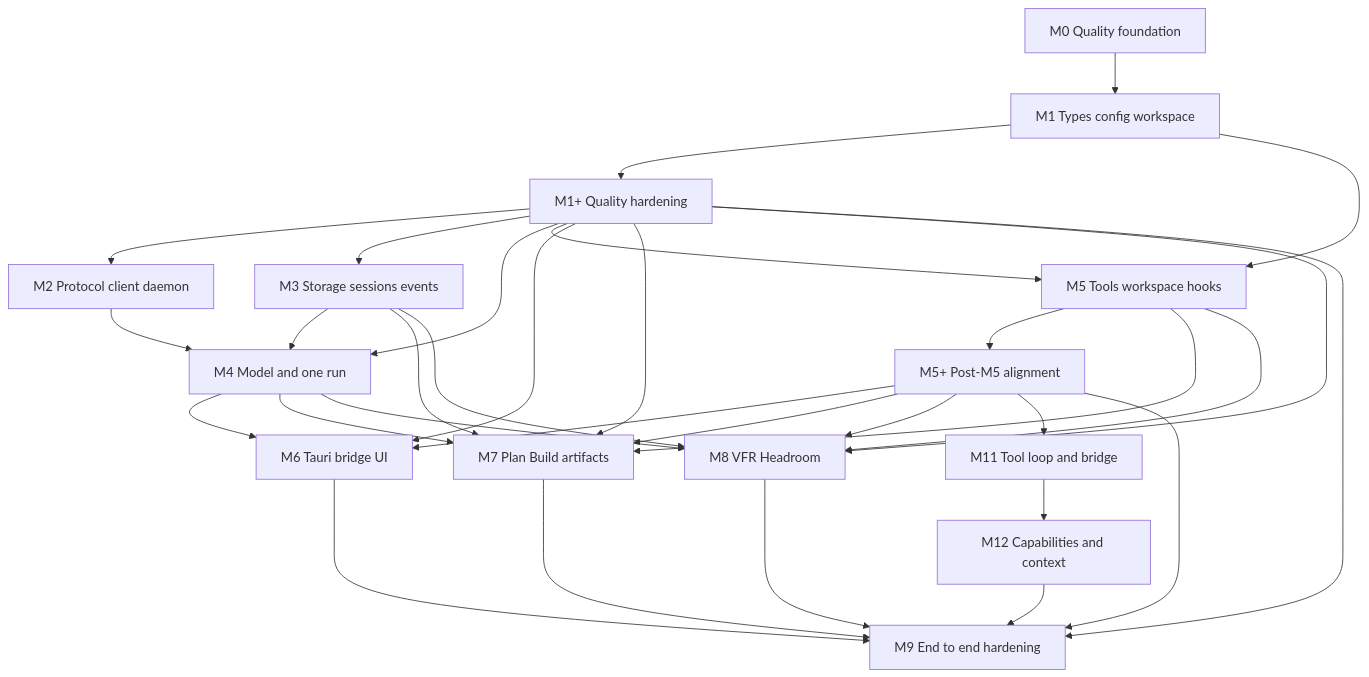
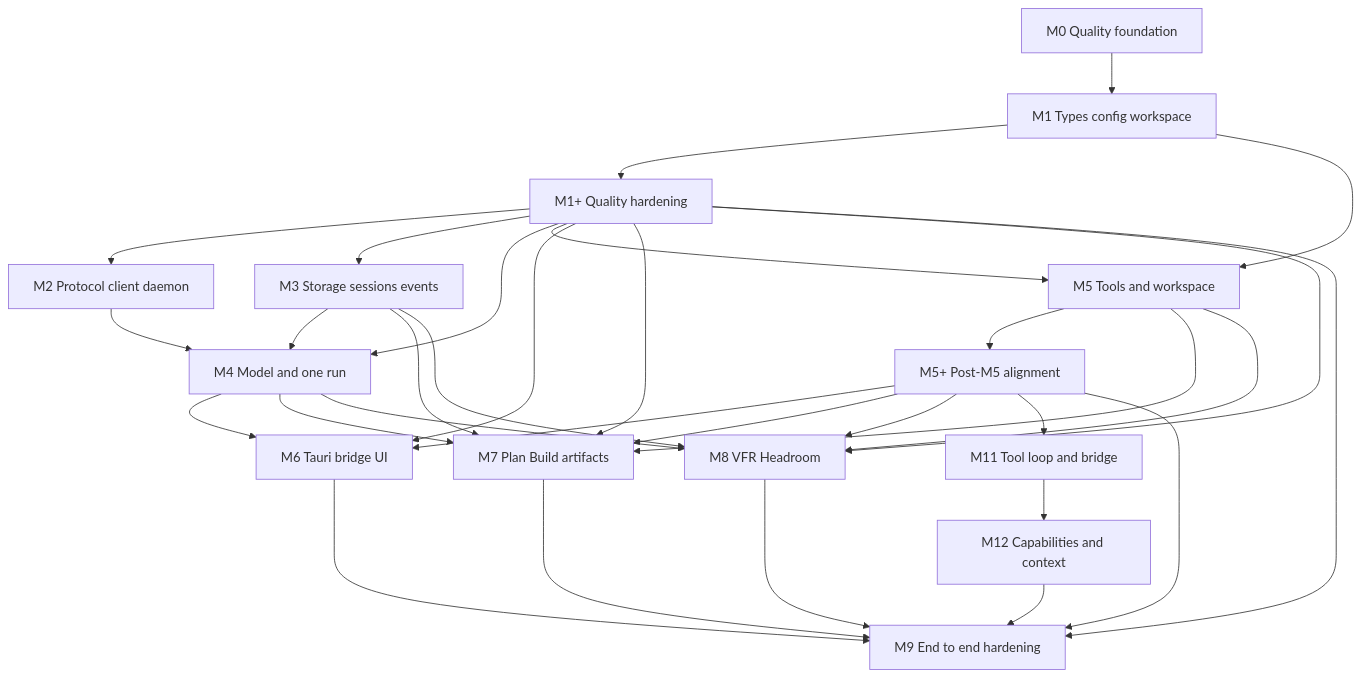
The diagram in docs/intention-relay/architecture/11-implementation-roadmap.md (y0tsy/intention-relay), drawn with Mermaid before and after one commit. The commit also changed other lines of this file and 18 other files, not shown here.

````diff
--- a/docs/intention-relay/architecture/11-implementation-roadmap.md
+++ b/docs/intention-relay/architecture/11-implementation-roadmap.md
@@ -20,34 +20,34 @@
 ```mermaid
 flowchart TD
   Q[M0 Quality foundation] --> A[M1 Types config workspace]
   A --> P[M1+ Quality hardening]
   P --> B[M2 Protocol client daemon]
   P --> C[M3 Storage sessions events]
   P --> D[M4 Model and one run]
-  P --> E[M5 Tools workspace hooks]
+  P --> E[M5 Tools and workspace]
   E --> K[M5+ Post-M5 alignment]
   K --> F[M6 Tauri bridge UI]
   K --> G[M7 Plan Build artifacts]
   K --> H[M8 VFR Headroom]
   K --> M[M11 Tool loop and bridge]
   M --> N[M12 Capabilities and context]
   K --> I[M9 End to end hardening]
   P --> F[M6 Tauri bridge UI]
   P --> G[M7 Plan Build artifacts]
   P --> H[M8 VFR Headroom]
   P --> I[M9 End to end hardening]
   B --> D
   C --> D
   A --> E
   D --> F
   E --> G
   C --> G
   D --> G
   E --> H
   C --> H
   D --> H
   F --> I
   G --> I
   H --> I
   N --> I
 ```
````
